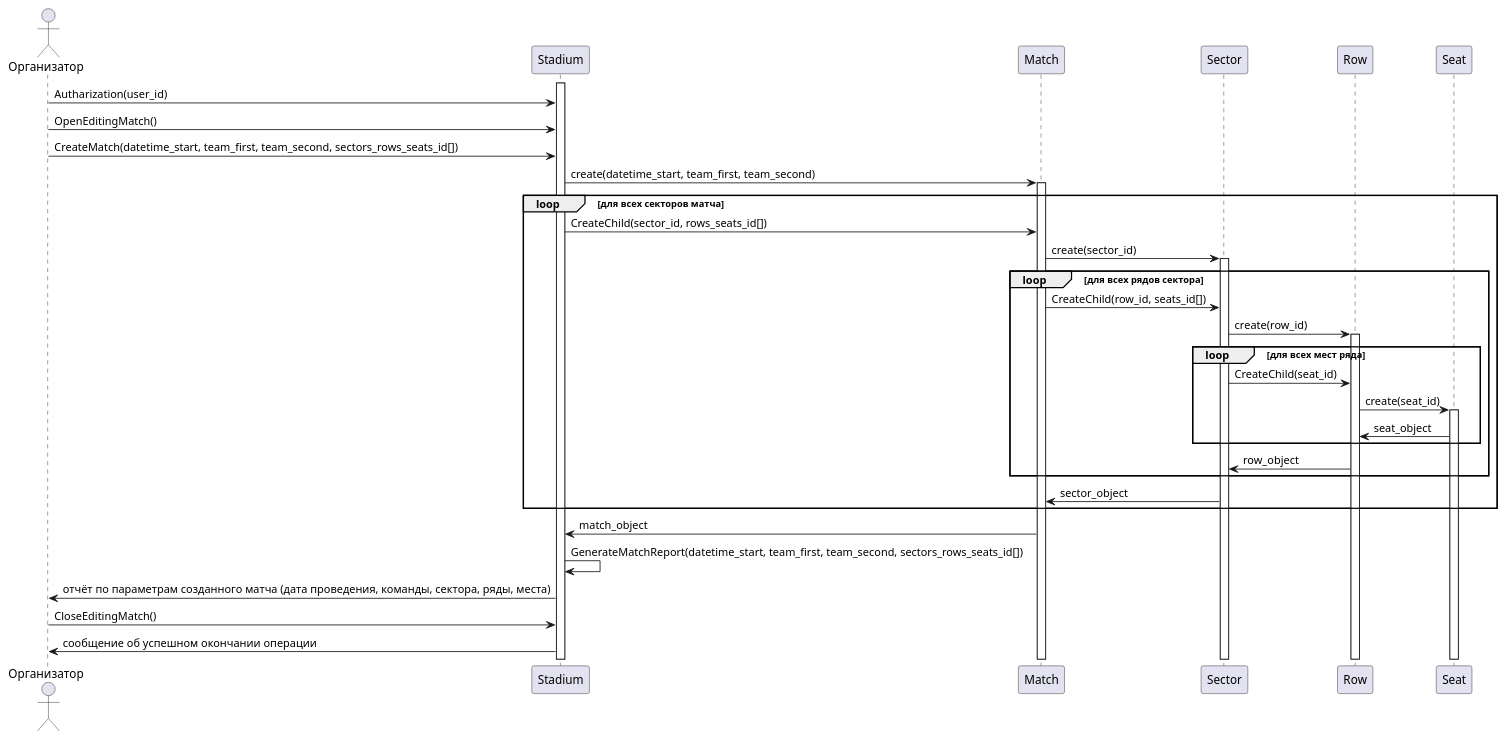
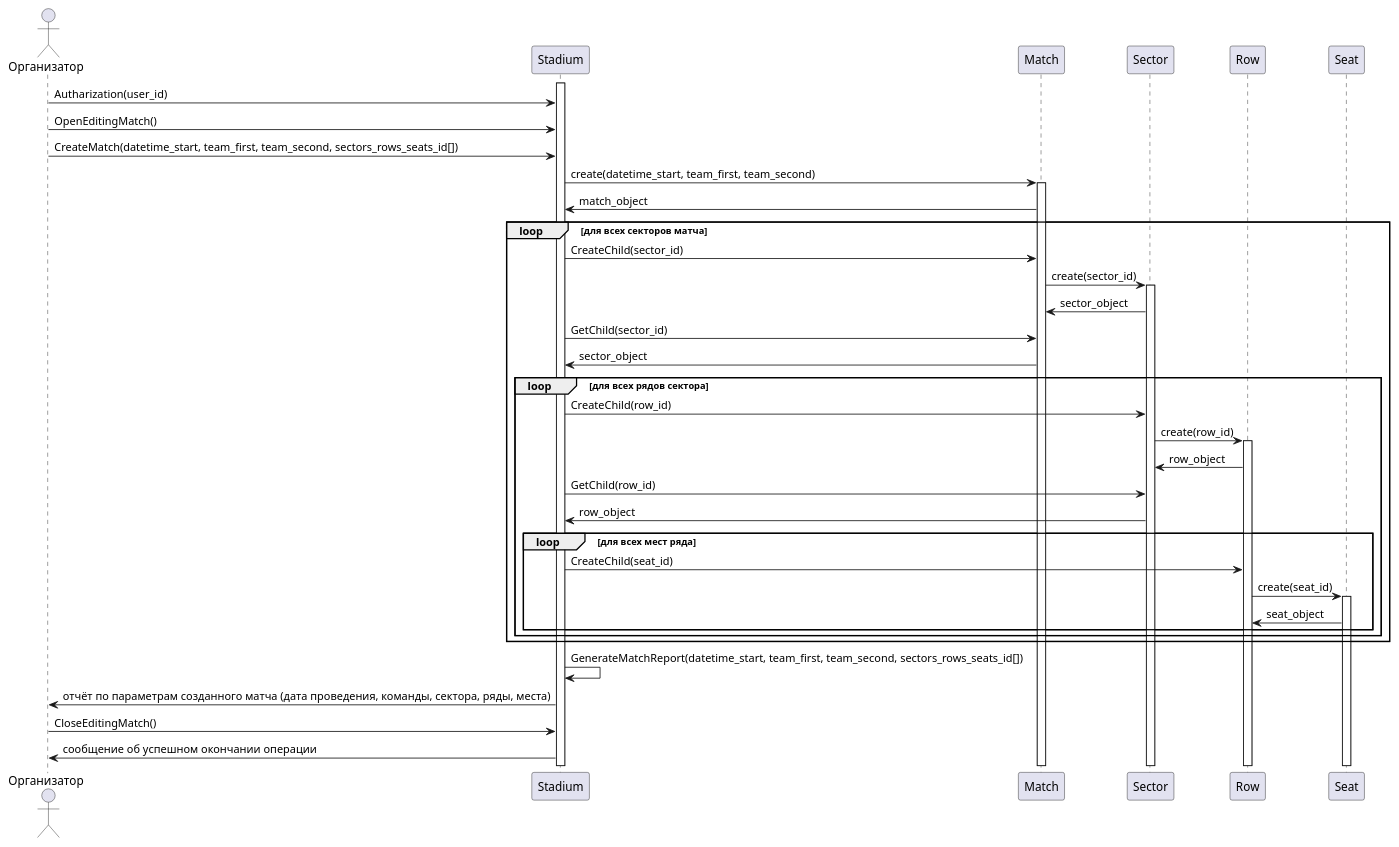
Before and after one commit to penamarth/bsbo-03-23_team4_var10_football: the diagram in Прецеденты/Диаграмма создания матча.md, drawn with PlantUML. The commit also changed 1 other file, not shown here.

Commit message:
Попытка реализации создания матча + правка комментариев в коде

````diff
--- a/Прецеденты/Диаграмма создания матча.md
+++ b/Прецеденты/Диаграмма создания матча.md
@@ -1,57 +1,57 @@
 ```plantuml
 @startuml
 
 actor Организатор
 
 activate Stadium
 
 Организатор -> Stadium : Autharization(user_id)
 Организатор -> Stadium : OpenEditingMatch()
 Организатор -> Stadium : CreateMatch(datetime_start, team_first, team_second, sectors_rows_seats_id[])
 
 Stadium -> Match : create(datetime_start, team_first, team_second)
 activate Match
+Stadium <- Match : match_object
 
 
 loop для всех секторов матча
 
-Stadium -> Match : CreateChild(sector_id, rows_seats_id[])
+Stadium -> Match : CreateChild(sector_id)
 Match -> Sector : create(sector_id)
 activate Sector
+Match <- Sector : sector_object
+Stadium -> Match : GetChild(sector_id)
+Stadium <- Match : sector_object
 
 
 loop для всех рядов сектора
 
-Match -> Sector : CreateChild(row_id, seats_id[])
+Stadium -> Sector : CreateChild(row_id)
 Sector -> Row : create(row_id)
 activate Row
-
+Sector <- Row : row_object
+Stadium -> Sector : GetChild(row_id)
+Stadium <- Sector : row_object
 
 loop для всех мест ряда
 
-Sector -> Row : CreateChild(seat_id)
+Stadium -> Row : CreateChild(seat_id)
 Row -> Seat : create(seat_id)
 activate Seat
 Row <- Seat : seat_object
 
 end
 
-Sector <- Row : row_object
+end
 
 end
-
-Match <- Sector : sector_object
-
-end
-
-Stadium <- Match : match_object
 
 
 Stadium -> Stadium : GenerateMatchReport(datetime_start, team_first, team_second, sectors_rows_seats_id[])
 Организатор <- Stadium : отчёт по параметрам созданного матча (дата проведения, команды, сектора, ряды, места)
 
 Организатор -> Stadium : CloseEditingMatch()
 Организатор <- Stadium : сообщение об успешном окончании операции
 
 @enduml
 ```
````
